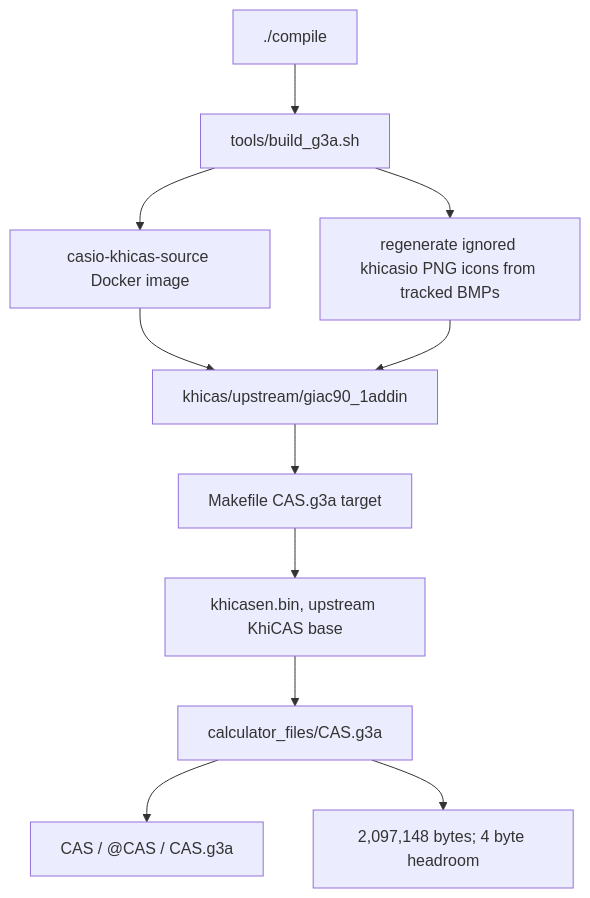
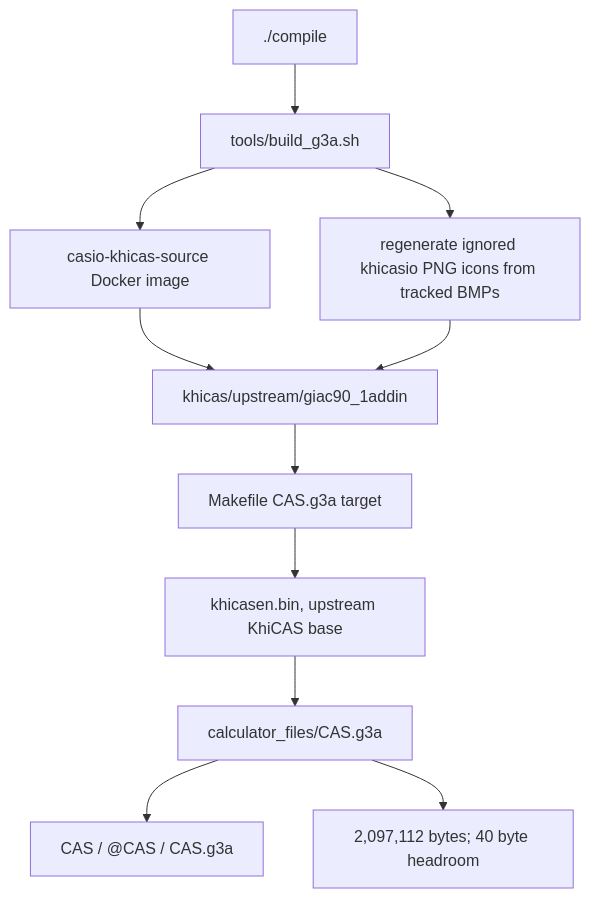
Before and after one commit to james8464/notes-addin-casio-fx-cg50: the first of 6 diagrams in docs/GRAPH.md, drawn with Mermaid. The commit also changed other lines of this file and 4 other files, not shown here.

````diff
--- a/docs/GRAPH.md
+++ b/docs/GRAPH.md
@@ -7,13 +7,13 @@
 ```mermaid
 graph TD
   Compile["./compile"] --> Build["tools/build_g3a.sh"]
   Build --> Docker["casio-khicas-source Docker image"]
   Docker --> Src["khicas/upstream/giac90_1addin"]
   Build --> Icons["regenerate ignored khicasio PNG icons from tracked BMPs"]
   Icons --> Src
   Src --> Make["Makefile CAS.g3a target"]
   Make --> Bin["khicasen.bin, upstream KhiCAS base"]
   Bin --> G3A["calculator_files/CAS.g3a"]
   G3A --> Meta["CAS / @CAS / CAS.g3a"]
-  G3A --> Size["2,097,148 bytes; 4 byte headroom"]
+  G3A --> Size["2,097,112 bytes; 40 byte headroom"]
 ```
````
